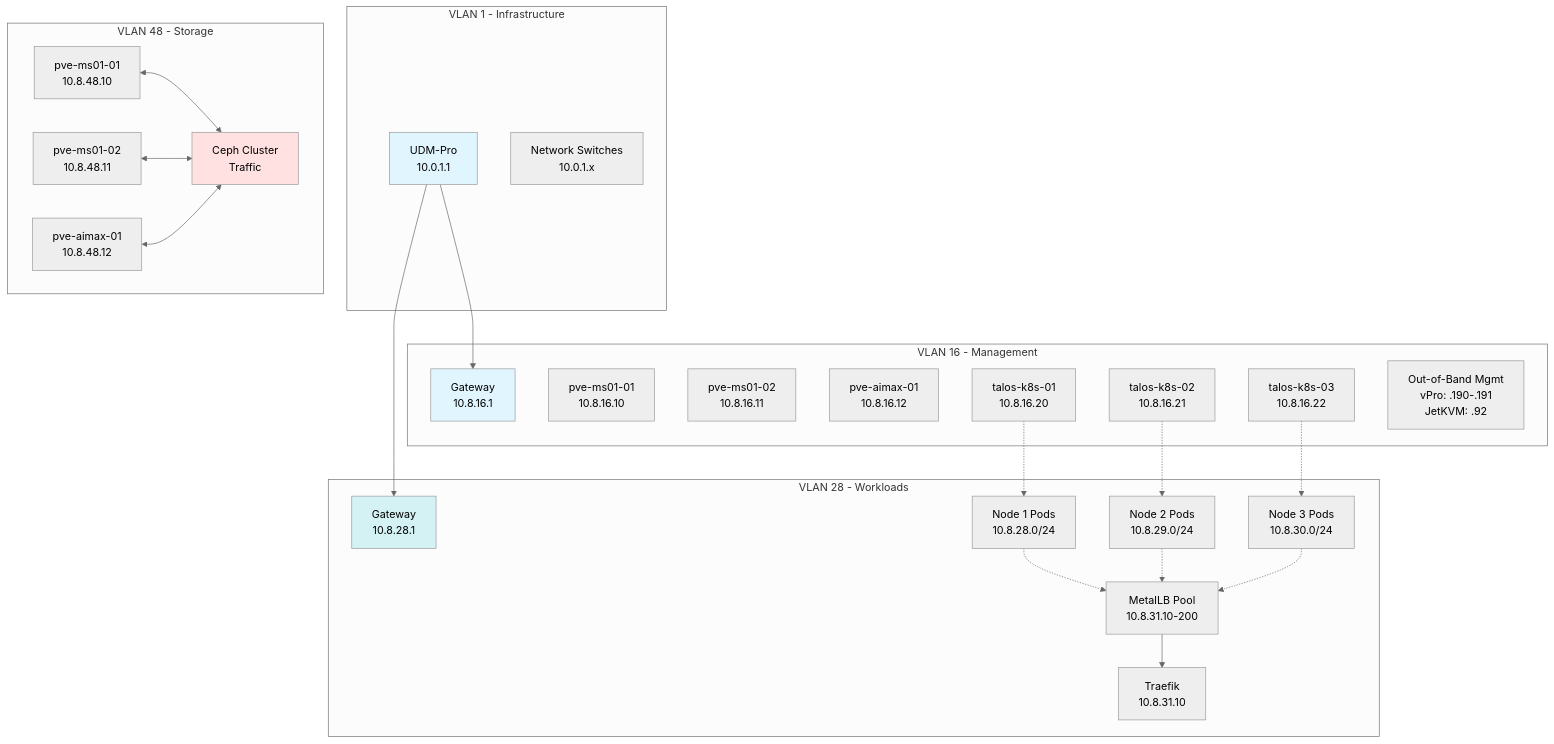
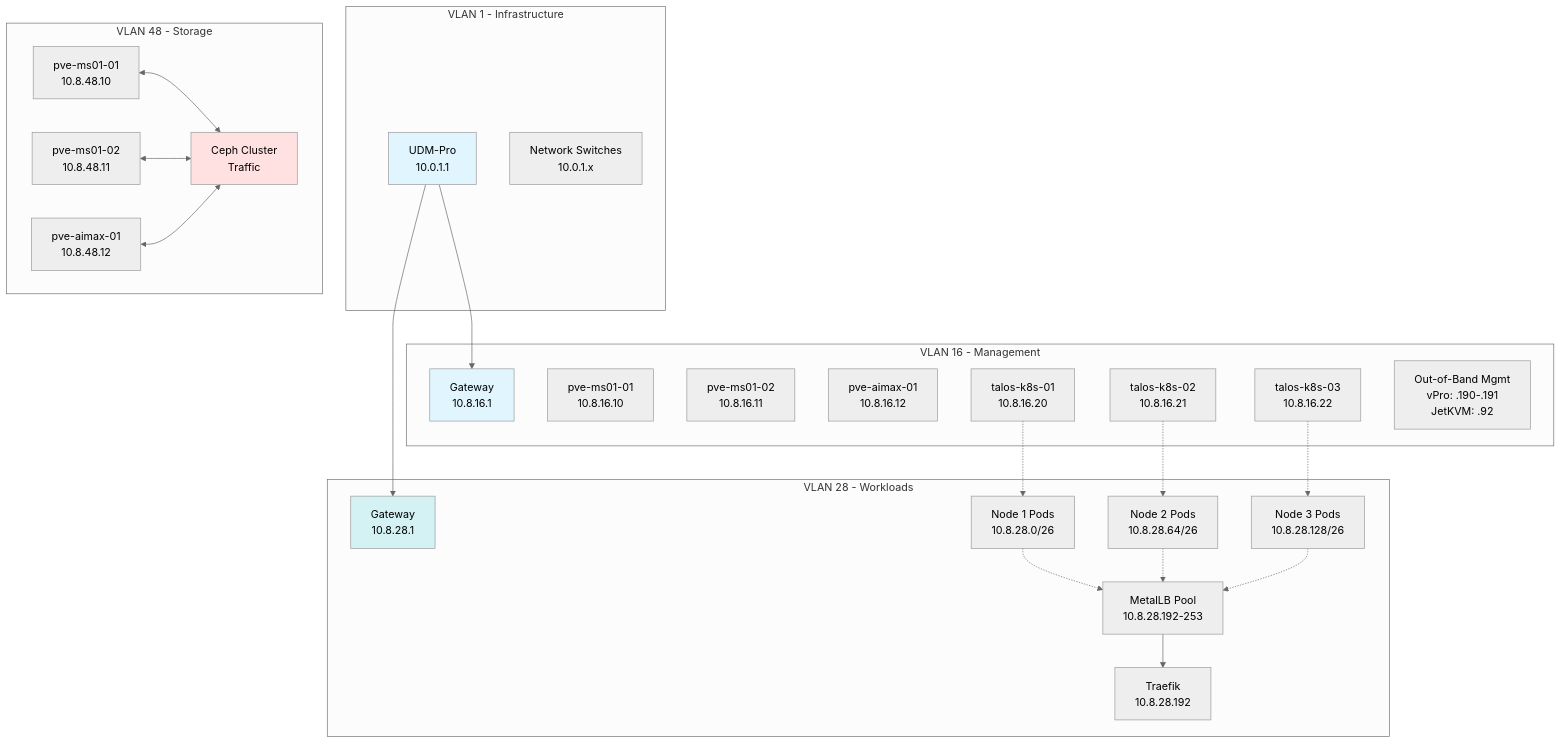
Before and after one commit to stoutpanda/homelab: the second of 2 diagrams in NETWORK-REFERENCE.md, drawn with Mermaid (neutral theme). The commit also changed other lines of this file and 8 other files, not shown here.

````diff
--- a/NETWORK-REFERENCE.md
+++ b/NETWORK-REFERENCE.md
@@ -391,55 +390,55 @@
 ```mermaid
 graph TB
     subgraph "VLAN 1 - Infrastructure"
         UDM1[UDM-Pro<br/>10.0.1.1]
         Switches[Network Switches<br/>10.0.1.x]
     end
 
     subgraph "VLAN 16 - Management"
         UDM16[Gateway<br/>10.8.16.1]
         PVE1[pve-ms01-01<br/>10.8.16.10]
         PVE2[pve-ms01-02<br/>10.8.16.11]
         PVE3[pve-aimax-01<br/>10.8.16.12]
         K8S1[talos-k8s-01<br/>10.8.16.20]
         K8S2[talos-k8s-02<br/>10.8.16.21]
         K8S3[talos-k8s-03<br/>10.8.16.22]
         OOB[Out-of-Band Mgmt<br/>vPro: .190-.191<br/>JetKVM: .92]
     end
 
     subgraph "VLAN 28 - Workloads"
         UDM28[Gateway<br/>10.8.28.1]
-        POD1[Node 1 Pods<br/>10.8.28.0/24]
-        POD2[Node 2 Pods<br/>10.8.29.0/24]
-        POD3[Node 3 Pods<br/>10.8.30.0/24]
-        MetalLB[MetalLB Pool<br/>10.8.31.10-200]
-        Ingress[Traefik<br/>10.8.31.10]
+        POD1[Node 1 Pods<br/>10.8.28.0/26]
+        POD2[Node 2 Pods<br/>10.8.28.64/26]
+        POD3[Node 3 Pods<br/>10.8.28.128/26]
+        MetalLB[MetalLB Pool<br/>10.8.28.192-253]
+        Ingress[Traefik<br/>10.8.28.192]
     end
 
     subgraph "VLAN 48 - Storage"
         STOR1[pve-ms01-01<br/>10.8.48.10]
         STOR2[pve-ms01-02<br/>10.8.48.11]
         STOR3[pve-aimax-01<br/>10.8.48.12]
         Ceph[Ceph Cluster<br/>Traffic]
     end
 
     UDM1 --> UDM16
     UDM1 --> UDM28
 
     STOR1 <--> Ceph
     STOR2 <--> Ceph
     STOR3 <--> Ceph
 
     K8S1 -.-> POD1
     K8S2 -.-> POD2
     K8S3 -.-> POD3
 
     POD1 -.-> MetalLB
     POD2 -.-> MetalLB
     POD3 -.-> MetalLB
     MetalLB --> Ingress
 
     style UDM1 fill:#e1f5ff
     style UDM16 fill:#e1f5ff
     style UDM28 fill:#d4f1f4
     style Ceph fill:#ffe1e1
 ```
````
